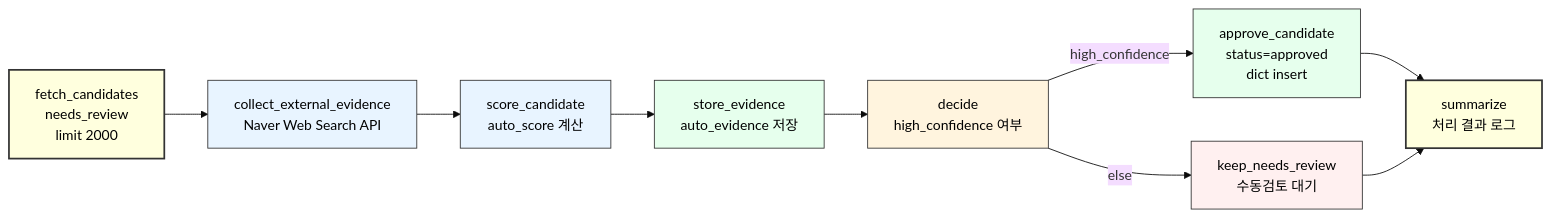
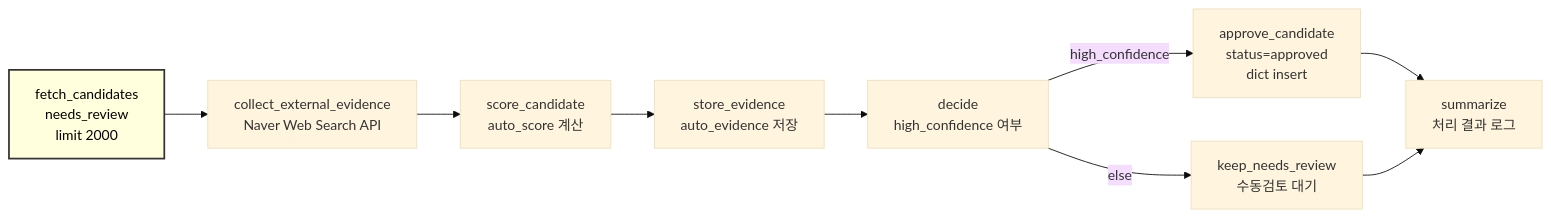
One commit to yeongmin-yu/news-trend-pipeline-dev changed the fifth of 6 diagrams in docs/develop/Q3_AIRFLOW_DAG.md. Above: the diagram before and after it, drawn with Mermaid (base theme). The commit also changed other lines of this file, not shown here.

````diff
--- a/docs/develop/Q3_AIRFLOW_DAG.md
+++ b/docs/develop/Q3_AIRFLOW_DAG.md
@@ -377,20 +409,13 @@
 ```mermaid
 flowchart LR
     A["fetch_candidates<br/>needs_review<br/>limit 2000"] --> B["collect_external_evidence<br/>Naver Web Search API"]
     B --> C["score_candidate<br/>auto_score 계산"]
     C --> D["store_evidence<br/>auto_evidence 저장"]
     D --> E["decide<br/>high_confidence 여부"]
     E -->|"high_confidence"| F["approve_candidate<br/>status=approved<br/>dict insert"]
     E -->|"else"| G["keep_needs_review<br/>수동검토 대기"]
     F --> H["summarize<br/>처리 결과 로그"]
     G --> H
 
     style A fill:#ffffde,stroke:#333,stroke-width:2px,color:black
-    style B fill:#e8f4ff,stroke:#333,stroke-width:1px,color:black
-    style C fill:#e8f4ff,stroke:#333,stroke-width:1px,color:black
-    style D fill:#e6ffed,stroke:#333,stroke-width:1px,color:black
-    style E fill:#fff4de,stroke:#333,stroke-width:1px,color:black
-    style F fill:#e6ffed,stroke:#333,stroke-width:1px,color:black
-    style G fill:#fff0f0,stroke:#333,stroke-width:1px,color:black
-    style H fill:#ffffde,stroke:#333,stroke-width:2px,color:black
 ```
````
